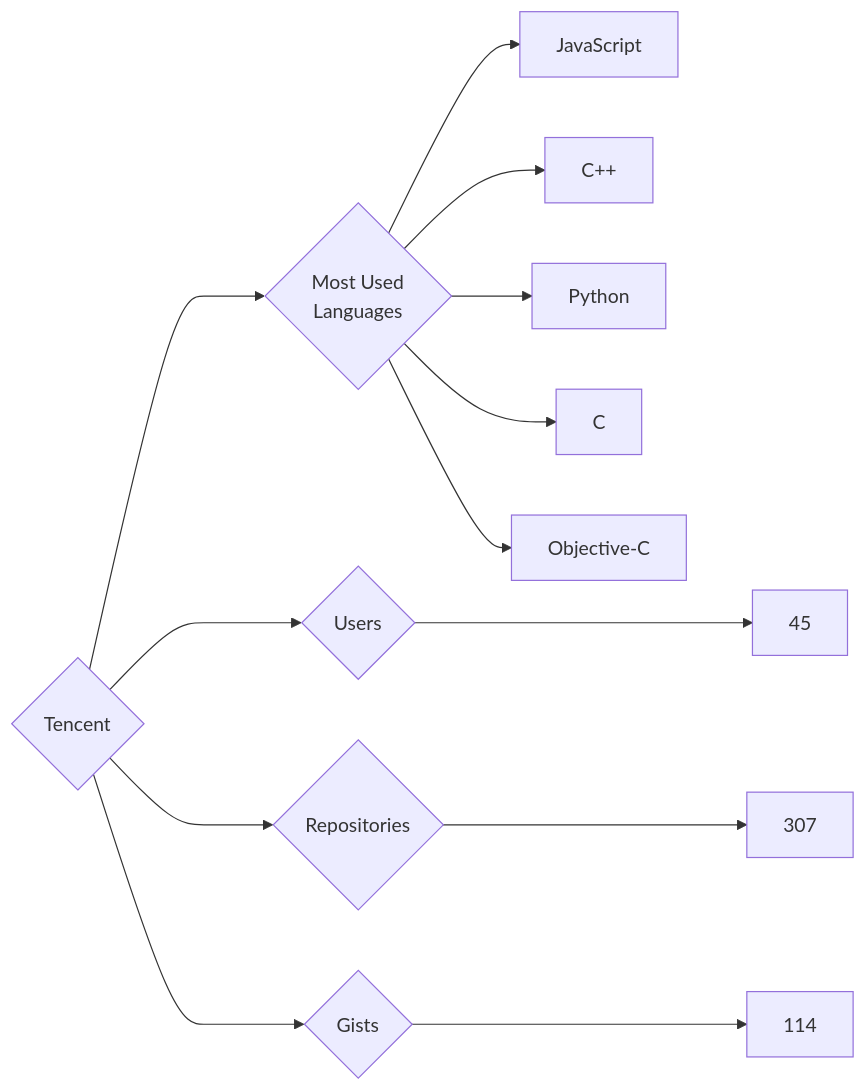
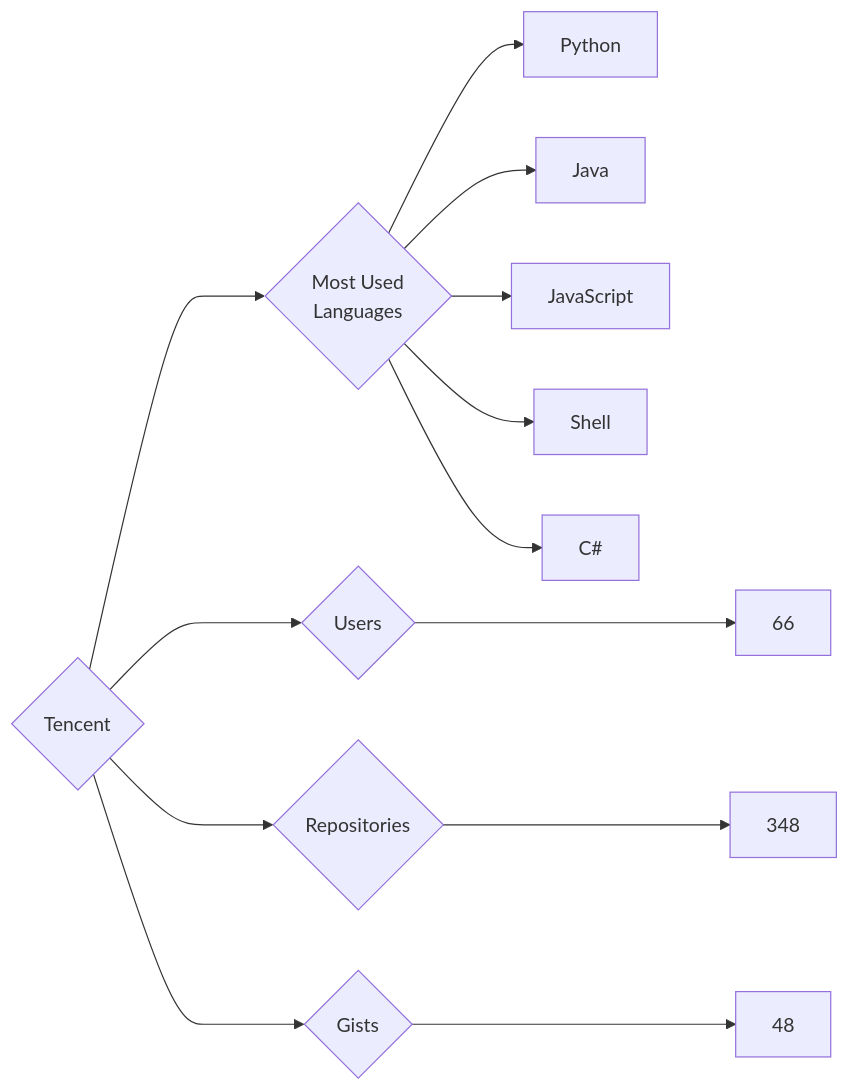
Before and after one commit to trickest/insiders: the diagram in targets/Tencent/README.md, drawn with Mermaid. The commit also changed 597 other files, not shown here.

````diff
--- a/targets/Tencent/README.md
+++ b/targets/Tencent/README.md
@@ -3,13 +3,13 @@
 ```mermaid
 graph LR
 COMPANY_NAME{Tencent}
-COMPANY_NAME ---> U{Users} ---> UN[45]
-COMPANY_NAME ---> R{Repositories} ---> RN[307]
-COMPANY_NAME ---> G{Gists} ---> GN[114]
+COMPANY_NAME ---> U{Users} ---> UN[66]
+COMPANY_NAME ---> R{Repositories} ---> RN[348]
+COMPANY_NAME ---> G{Gists} ---> GN[48]
 COMPANY_NAME ---> ML{Most Used<br>Languages}
+ML --> Python[Python]
+ML --> Java[Java]
 ML --> JavaScript[JavaScript]
-ML --> C++[C++]
-ML --> Python[Python]
-ML --> C[C]
-ML --> Objective-C[Objective-C]
+ML --> Shell[Shell]
+ML --> C#[C#]
 ```
````
